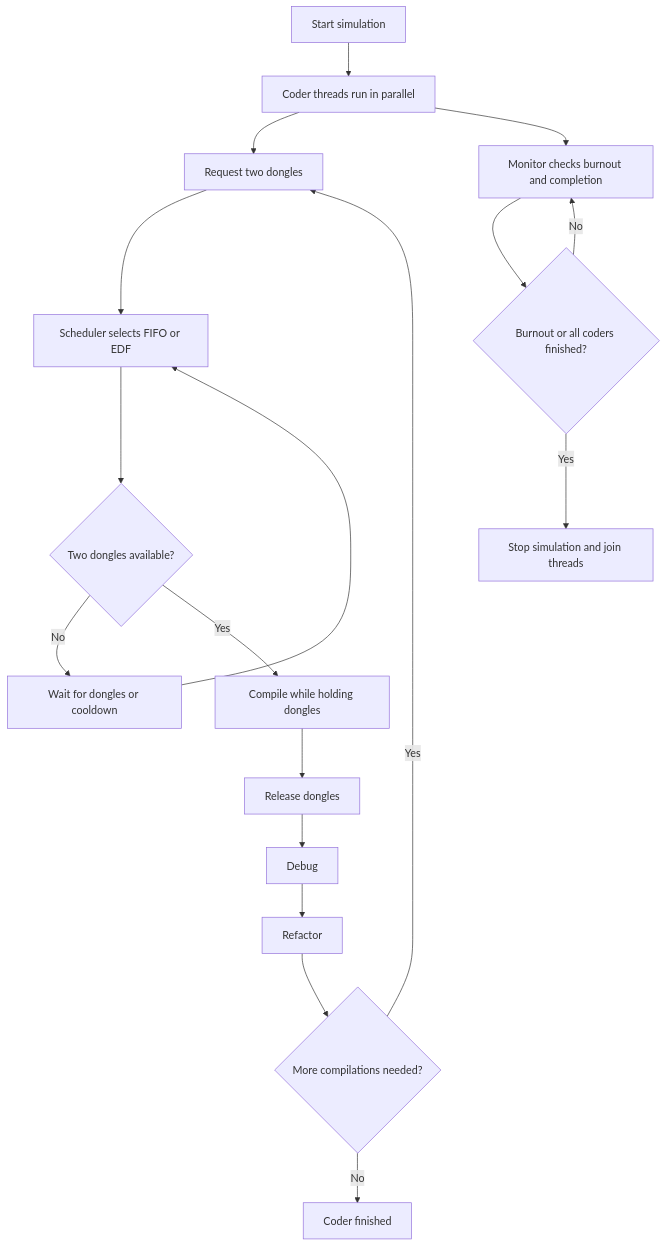
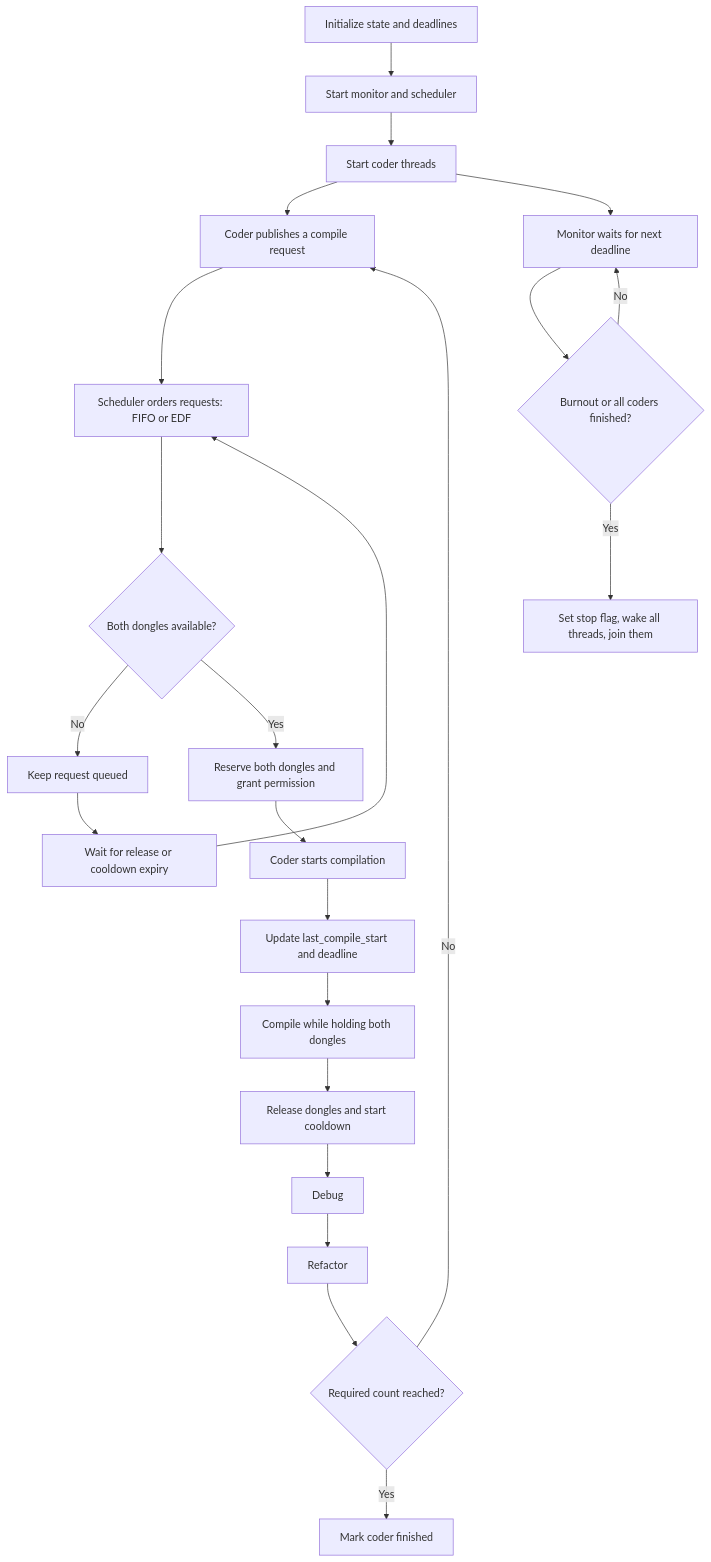
The diagram in coders/README.md (tokiiniaina/Codexion), drawn with Mermaid before and after one commit. The commit also changed other lines of this file, not shown here.

Commit message:
Document simulation flow in README

````diff
--- a/coders/README.md
+++ b/coders/README.md
@@ -101,20 +103,25 @@
 ```mermaid
 flowchart TD
-    A[Start simulation] --> B[Coder threads run in parallel]
-    B --> C[Request two dongles]
-    C --> D[Scheduler selects FIFO or EDF]
-    D --> E{Two dongles available?}
-    E -- No --> F[Wait for dongles or cooldown]
-    F --> D
-    E -- Yes --> G[Compile while holding dongles]
-    G --> H[Release dongles]
-    H --> I[Debug]
-    I --> J[Refactor]
-    J --> K{More compilations needed?}
-    K -- Yes --> C
-    K -- No --> L[Coder finished]
-    B --> M[Monitor checks burnout and completion]
-    M --> N{Burnout or all coders finished?}
-    N -- No --> M
-    N -- Yes --> O[Stop simulation and join threads]
+  A[Initialize state and deadlines] --> B[Start monitor and scheduler]
+  B --> C[Start coder threads]
+  C --> D[Coder publishes a compile request]
+  D --> E[Scheduler orders requests: FIFO or EDF]
+  E --> F{Both dongles available?}
+  F -- No --> G[Keep request queued]
+  G --> H[Wait for release or cooldown expiry]
+  H --> E
+  F -- Yes --> I[Reserve both dongles and grant permission]
+  I --> J[Coder starts compilation]
+  J --> K[Update last_compile_start and deadline]
+  K --> L[Compile while holding both dongles]
+  L --> M[Release dongles and start cooldown]
+  M --> N[Debug]
+  N --> O[Refactor]
+  O --> P{Required count reached?}
+  P -- No --> D
+  P -- Yes --> Q[Mark coder finished]
+  C --> R[Monitor waits for next deadline]
+  R --> S{Burnout or all coders finished?}
+  S -- No --> R
+  S -- Yes --> T[Set stop flag, wake all threads, join them]
 ```
````
